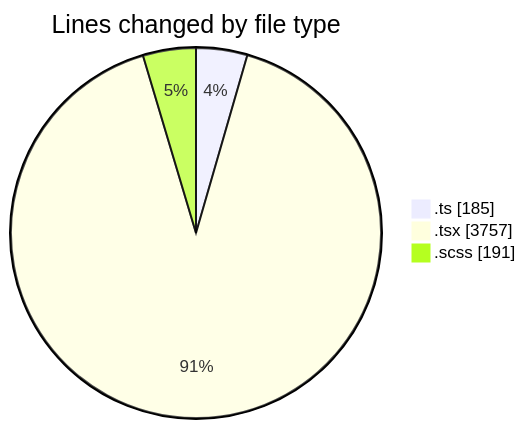
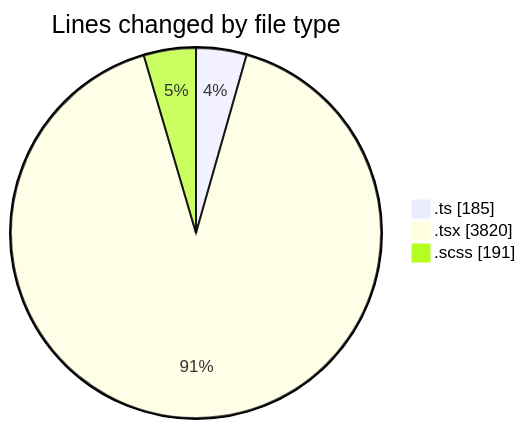
The first of 2 diagrams in 2026-11-05/cda/README.md (momahboobian/code-tracking), drawn with Mermaid before and after one commit. The commit also changed other lines of this file and 1 other file, not shown here.

````diff
--- a/2026-11-05/cda/README.md
+++ b/2026-11-05/cda/README.md
@@ -35,7 +35,7 @@
 ```mermaid
 pie showData
 title Lines changed by file type
 ".ts" : 185
-".tsx" : 3757
+".tsx" : 3820
 ".scss" : 191
 ```
````
